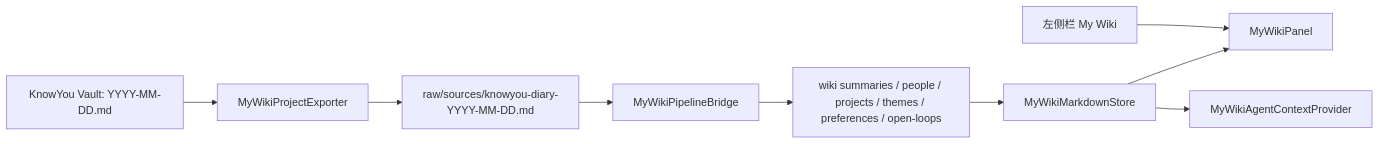
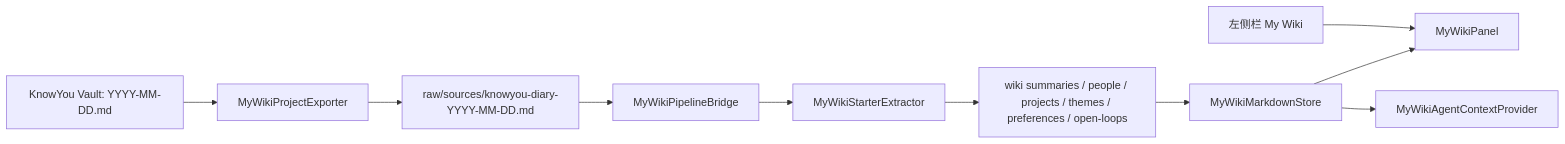
The third of 3 diagrams in docs/architecture.md (gift-is-coding/know-you-open-source), drawn with Mermaid before and after one commit. The commit also changed other lines of this file and 8 other files, not shown here.

Commit message:
feat: generate My Wiki starter pages

````diff
--- a/docs/architecture.md
+++ b/docs/architecture.md
@@ -656,11 +657,12 @@
 ```mermaid
 flowchart LR
     A["KnowYou Vault: YYYY-MM-DD.md"] --> B["MyWikiProjectExporter"]
     B --> C["raw/sources/knowyou-diary-YYYY-MM-DD.md"]
     C --> D["MyWikiPipelineBridge"]
-    D --> E["wiki summaries / people / projects / themes / preferences / open-loops"]
+    D --> J["MyWikiStarterExtractor"]
+    J --> E["wiki summaries / people / projects / themes / preferences / open-loops"]
     E --> F["MyWikiMarkdownStore"]
     F --> G["MyWikiPanel"]
     F --> H["MyWikiAgentContextProvider"]
     I["左侧栏 My Wiki"] --> G
 ```
````
